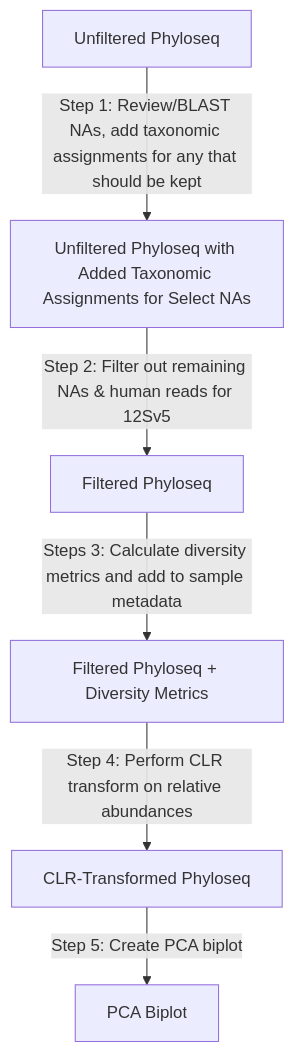
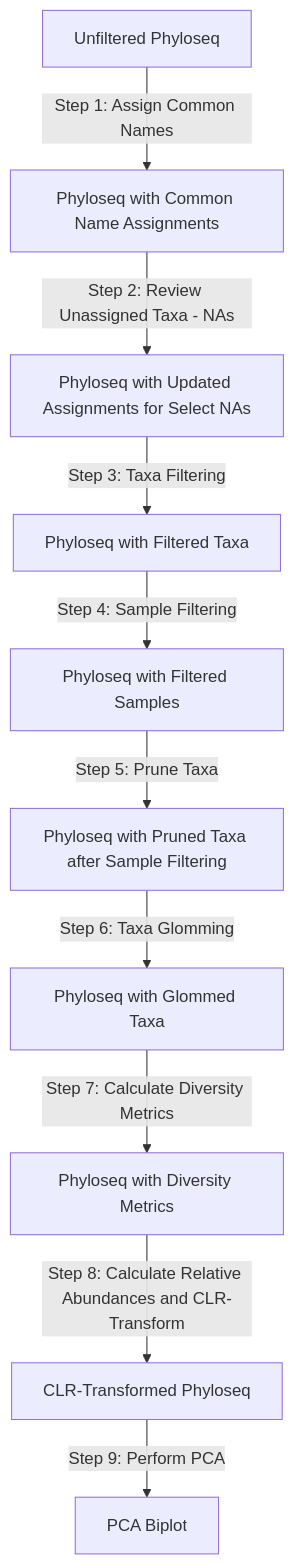
Before and after one commit to LAD-LAB/lad-lab.github.io: the diagram in docs/processing.md, drawn with Mermaid. The commit also changed other lines of this file and 1 other file, not shown here.

Commit message:
Updated post-phyloseq flow chart

````diff
--- a/docs/processing.md
+++ b/docs/processing.md
@@ -5,8 +5,12 @@
 ``` mermaid
 graph TD
-    A[Unfiltered Phyloseq] -->|Step 1: Review/BLAST NAs, add taxonomic assignments for any that should be kept| B[Unfiltered Phyloseq with Added Taxonomic Assignments for Select NAs]
-    B -->|Step 2: Filter out remaining NAs & human reads for 12Sv5| C[Filtered Phyloseq]
-    C -->|Steps 3: Calculate diversity metrics and add to sample metadata| D[Filtered Phyloseq + Diversity Metrics]
-    D -->|Step 4: Perform CLR transform on relative abundances| E[CLR-Transformed Phyloseq]
-    E -->|Step 5: Create PCA biplot| F[PCA Biplot]
+    A[Unfiltered Phyloseq] -->|Step 1: Assign Common Names| B[Phyloseq with Common Name Assignments]
+    B -->|Step 2: Review Unassigned Taxa - NAs| C[Phyloseq with Updated Assignments for Select NAs]
+    C -->|Step 3: Taxa Filtering| D[Phyloseq with Filtered Taxa]
+    D -->|Step 4: Sample Filtering| E[Phyloseq with Filtered Samples]
+    E -->|Step 5: Prune Taxa| F[Phyloseq with Pruned Taxa after Sample Filtering]
+    F -->|Step 6: Taxa Glomming| G[Phyloseq with Glommed Taxa]
+    G -->|Step 7: Calculate Diversity Metrics| H[Phyloseq with Diversity Metrics]
+    H -->|Step 8: Calculate Relative Abundances and CLR-Transform| I[CLR-Transformed Phyloseq]
+    I -->|Step 9: Perform PCA| J[PCA Biplot]
 ```
````
